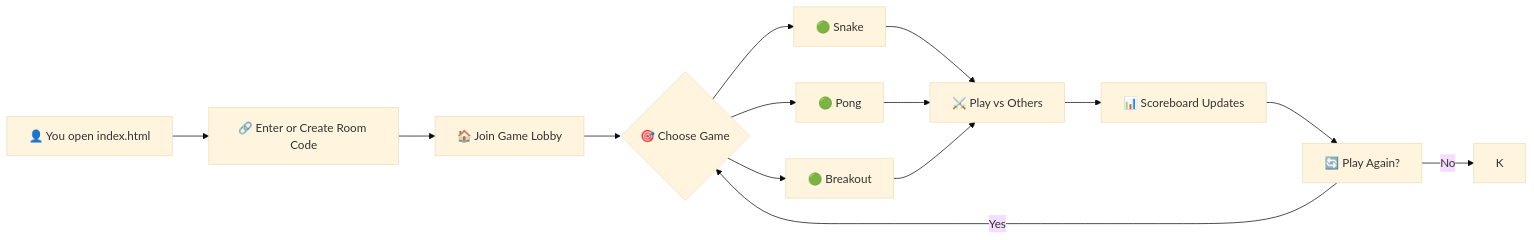
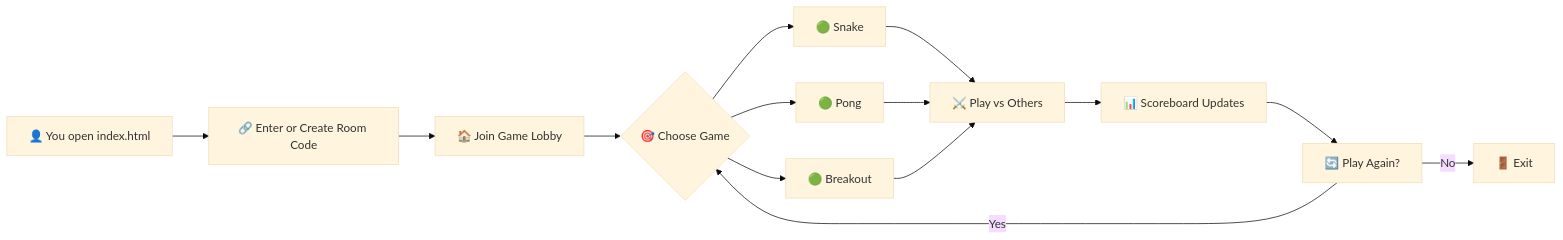
The diagram in README.md (shubhyagami/gameroom), drawn with Mermaid (base theme) before and after one commit. The commit also changed other lines of this file, not shown here.

````diff
--- a/README.md
+++ b/README.md
@@ -48,16 +48,16 @@
 ```mermaid
 flowchart LR
     A[👤 You open index.html] --> B[🔗 Enter or Create Room Code]
     B --> C[🏠 Join Game Lobby]
     C --> D{🎯 Choose Game}
     D --> E[🟢 Snake]
     D --> F[🟢 Pong]
     D --> G[🟢 Breakout]
     E --> H[⚔️ Play vs Others]
     F --> H
     G --> H
     H --> I[📊 Scoreboard Updates]
     I --> J[🔄 Play Again?]
     J -->|Yes| D
-    J -->|No| K
+    J -->|No| K[🚪 Exit]
 ```
````
